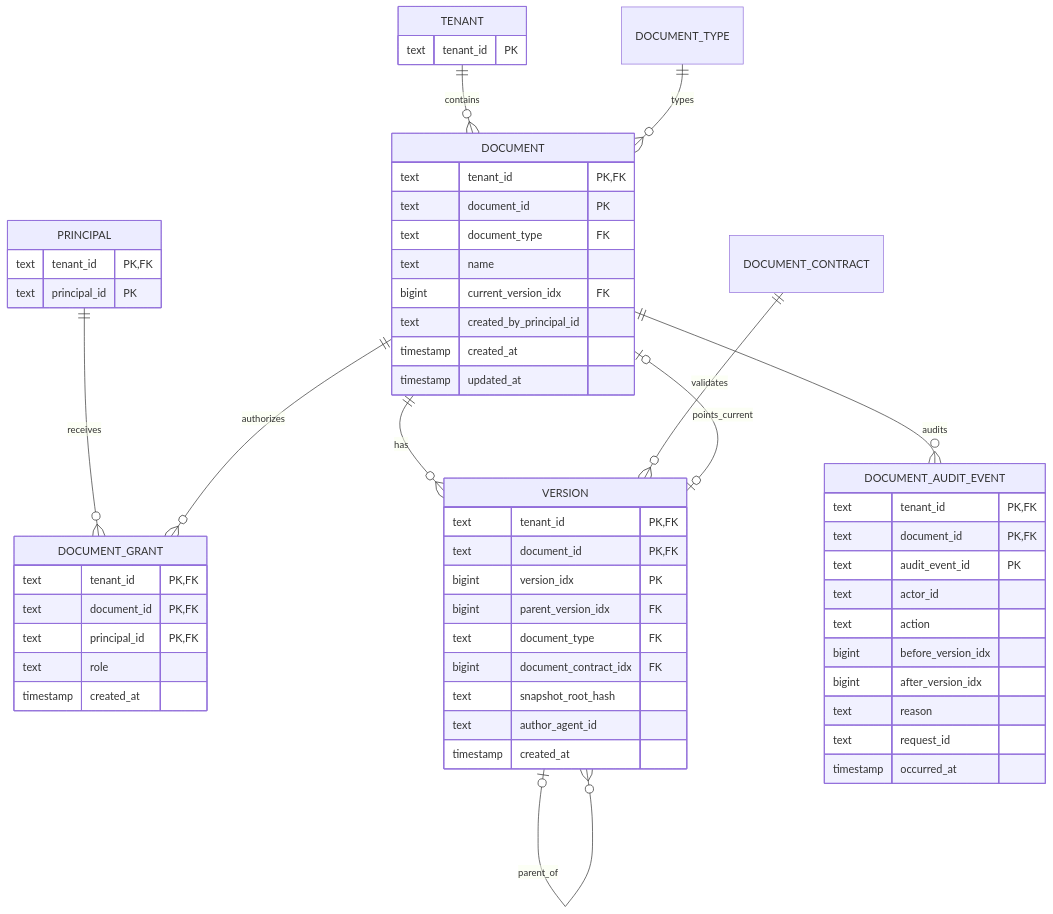
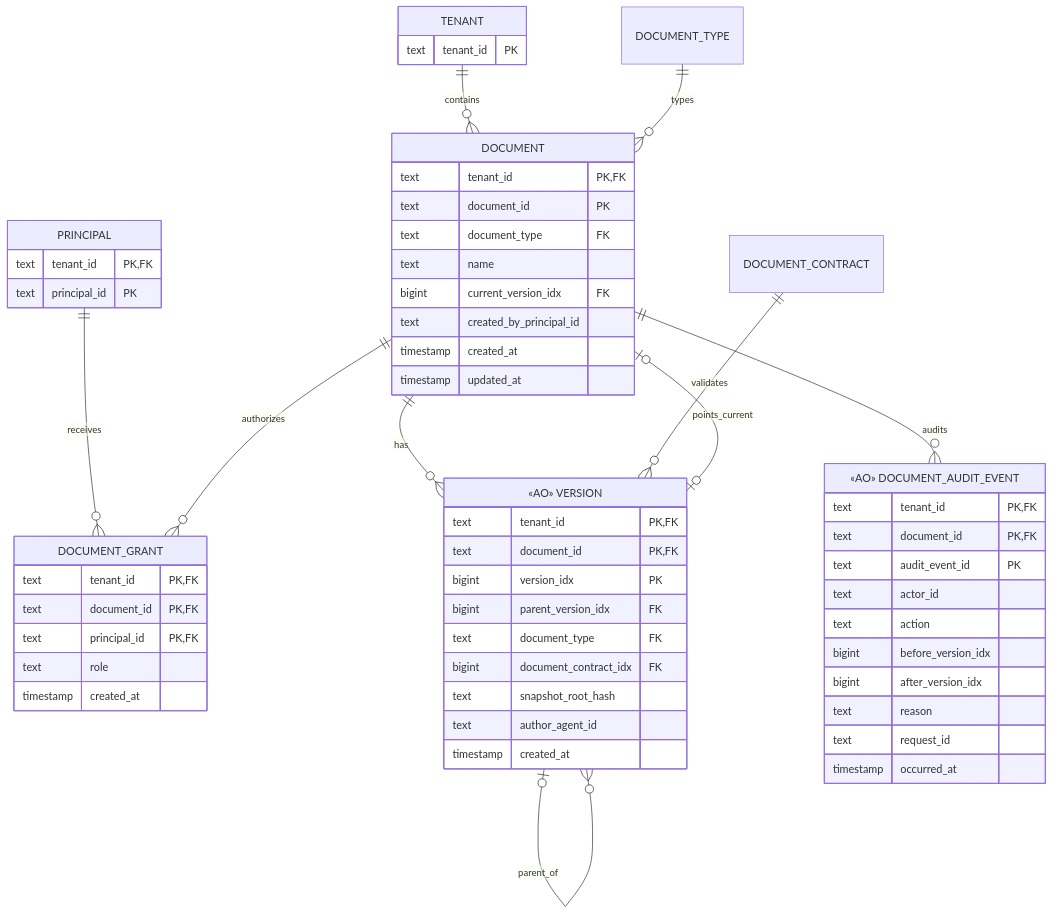
One commit to shazhou-ww/unidocs changed the third of 5 diagrams in docs/design/platform-v0/platform-er-model-v0.md. Above: the diagram before and after it, drawn with Mermaid. The commit also changed other lines of this file and 11 other files, not shown here.

````diff
--- a/docs/design/platform-v0/platform-er-model-v0.md
+++ b/docs/design/platform-v0/platform-er-model-v0.md
@@ -213,60 +213,60 @@
 ```mermaid
 erDiagram
     TENANT ||--o{ DOCUMENT : contains
     DOCUMENT_TYPE ||--o{ DOCUMENT : types
     PRINCIPAL ||--o{ DOCUMENT_GRANT : receives
     DOCUMENT ||--o{ DOCUMENT_GRANT : authorizes
     DOCUMENT ||--o{ VERSION : has
     VERSION o|--o{ VERSION : parent_of
     DOCUMENT_CONTRACT ||--o{ VERSION : validates
     DOCUMENT o|--o| VERSION : points_current
     DOCUMENT ||--o{ DOCUMENT_AUDIT_EVENT : audits
 
     TENANT {
         text tenant_id PK
     }
     PRINCIPAL {
         text tenant_id PK,FK
         text principal_id PK
     }
     DOCUMENT_GRANT {
         text tenant_id PK,FK
         text document_id PK,FK
         text principal_id PK,FK
         text role
         timestamp created_at
     }
     DOCUMENT {
         text tenant_id PK,FK
         text document_id PK
         text document_type FK
         text name
         bigint current_version_idx FK
         text created_by_principal_id
         timestamp created_at
         timestamp updated_at
     }
-    VERSION {
+    VERSION["«AO» VERSION"] {
         text tenant_id PK,FK
         text document_id PK,FK
         bigint version_idx PK
         bigint parent_version_idx FK
         text document_type FK
         bigint document_contract_idx FK
         text snapshot_root_hash
         text author_agent_id
         timestamp created_at
     }
-    DOCUMENT_AUDIT_EVENT {
+    DOCUMENT_AUDIT_EVENT["«AO» DOCUMENT_AUDIT_EVENT"] {
         text tenant_id PK,FK
         text document_id PK,FK
         text audit_event_id PK
         text actor_id
         text action
         bigint before_version_idx
         bigint after_version_idx
         text reason
         text request_id
         timestamp occurred_at
     }
 ```
````
